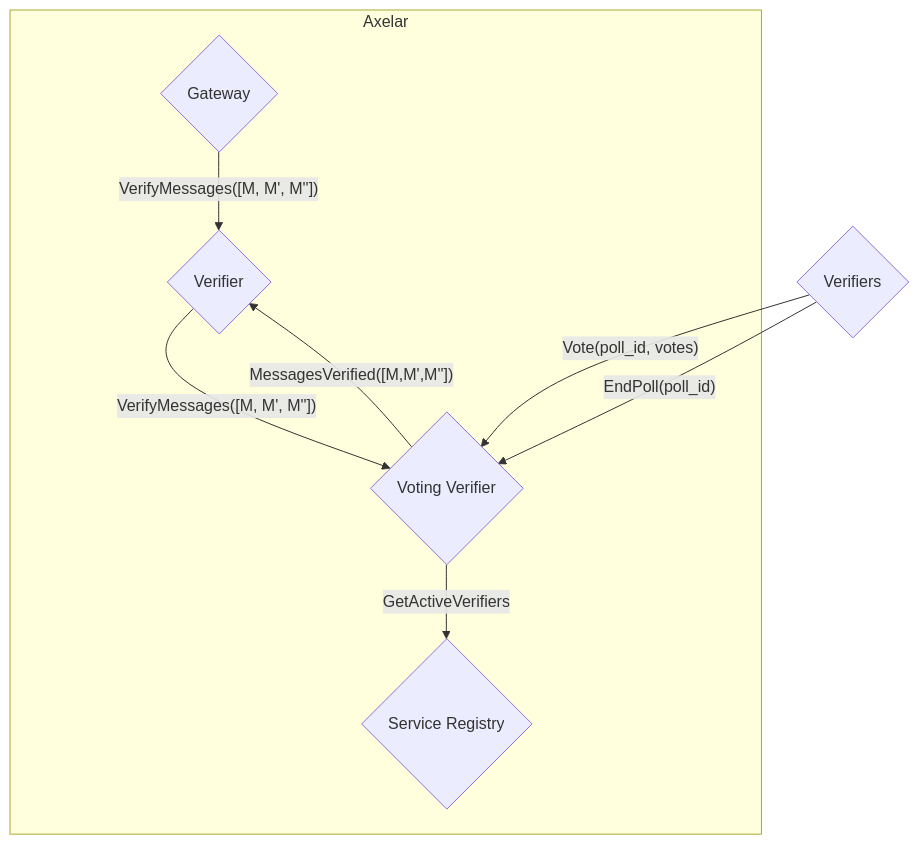
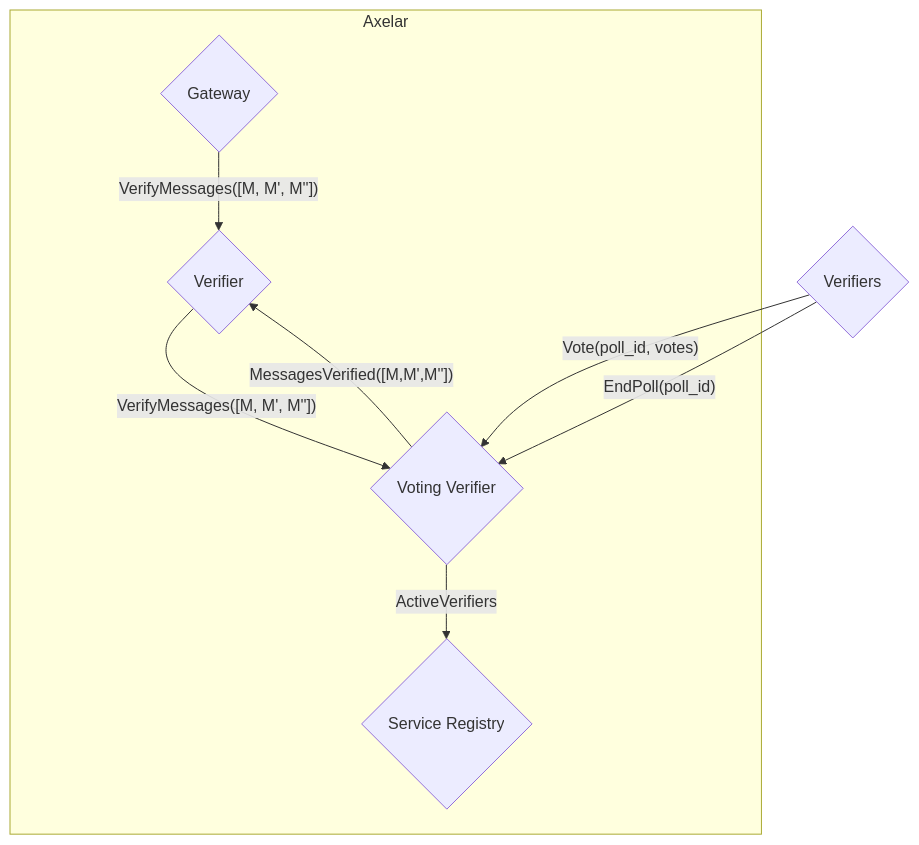
Before and after one commit to axelarnetwork/axelar-amplifier: the first of 2 diagrams in doc/src/contracts/voting_verifier.md, drawn with Mermaid. The commit also changed other lines of this file and 7 other files, not shown here.

````diff
--- a/doc/src/contracts/voting_verifier.md
+++ b/doc/src/contracts/voting_verifier.md
@@ -20,18 +19,18 @@
 ```mermaid
 flowchart TD
 subgraph Axelar
     G{"Gateway"}
     Vr{"Voting Verifier"}
     V{"Verifier"}
     R{"Service Registry"}
 end
 OC{"Verifiers"}
 
 G--"VerifyMessages([M, M', M''])"-->V
 V--"VerifyMessages([M, M', M''])"-->Vr
-Vr--"GetActiveVerifiers"-->R
+Vr--"ActiveVerifiers"-->R
 OC--"Vote(poll_id, votes)"-->Vr
 OC--"EndPoll(poll_id)"-->Vr
 Vr--"MessagesVerified([M,M',M''])"-->V
 
 ```
````
